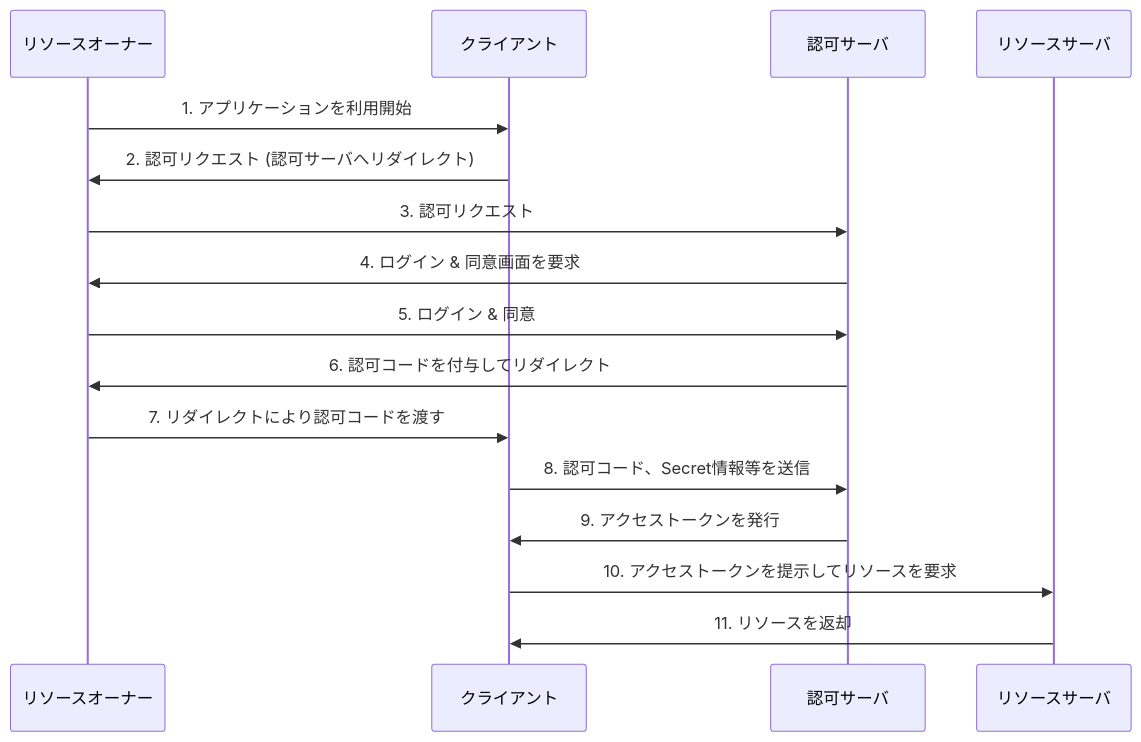
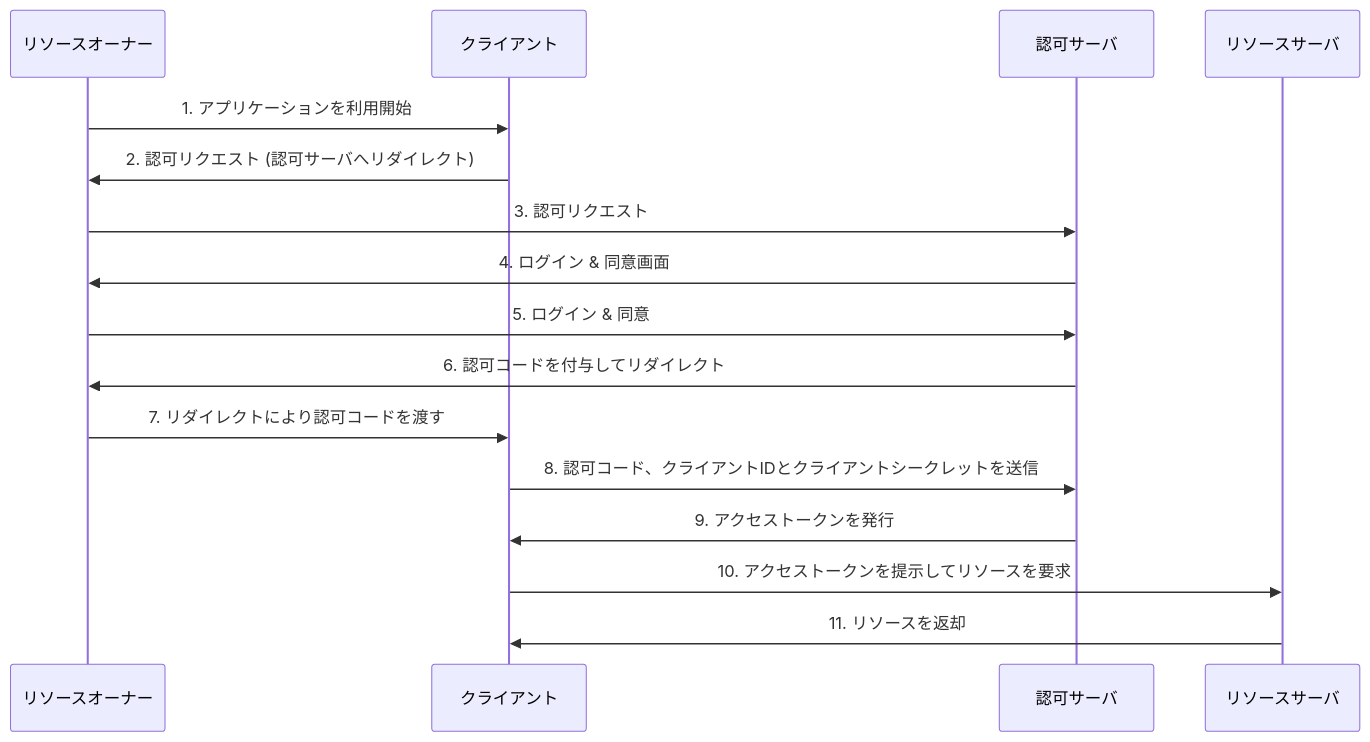
The diagram in 2025-11-05-auth/oauth.md (rikeda-cloud/po_study_group), drawn with Mermaid before and after one commit. The commit also changed other lines of this file and 1 other file, not shown here.

````diff
--- a/2025-11-05-auth/oauth.md
+++ b/2025-11-05-auth/oauth.md
@@ -47,21 +49,21 @@
 ```mermaid
 sequenceDiagram
     participant RO as リソースオーナー
     participant C as クライアント
     participant AS as 認可サーバ
     participant RS as リソースサーバ
 
     RO->>C: 1. アプリケーションを利用開始
     C->>RO: 2. 認可リクエスト (認可サーバへリダイレクト)
     RO->>AS: 3. 認可リクエスト
-    AS->>RO: 4. ログイン & 同意画面を要求
+    AS->>RO: 4. ログイン & 同意画面
     RO->>AS: 5. ログイン & 同意
     AS->>RO: 6. 認可コードを付与してリダイレクト
     RO->>C: 7. リダイレクトにより認可コードを渡す
 
-    C->>AS: 8. 認可コード、Secret情報等を送信
+    C->>AS: 8. 認可コード、クライアントIDとクライアントシークレットを送信
     AS->>C: 9. アクセストークンを発行
 
     C->>RS: 10. アクセストークンを提示してリソースを要求
     RS->>C: 11. リソースを返却
 ```
````
